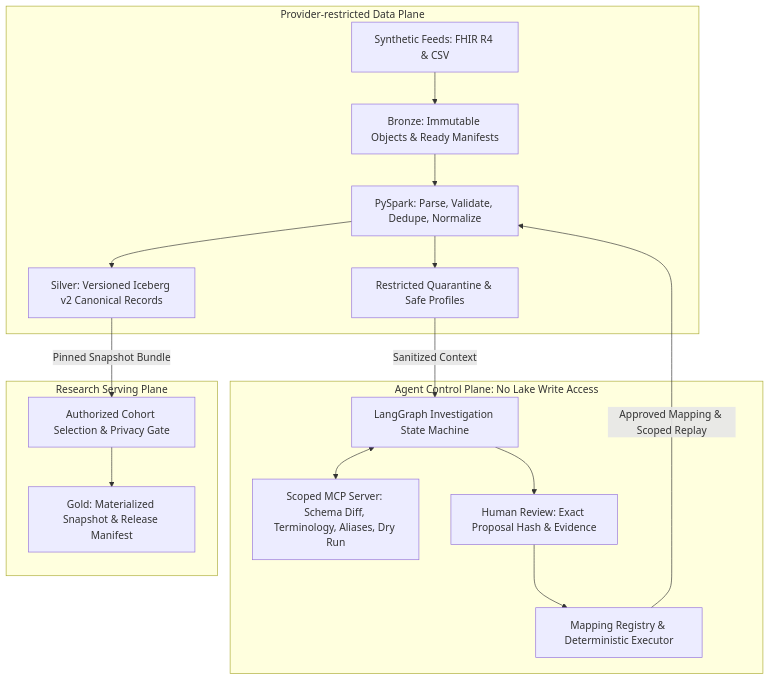
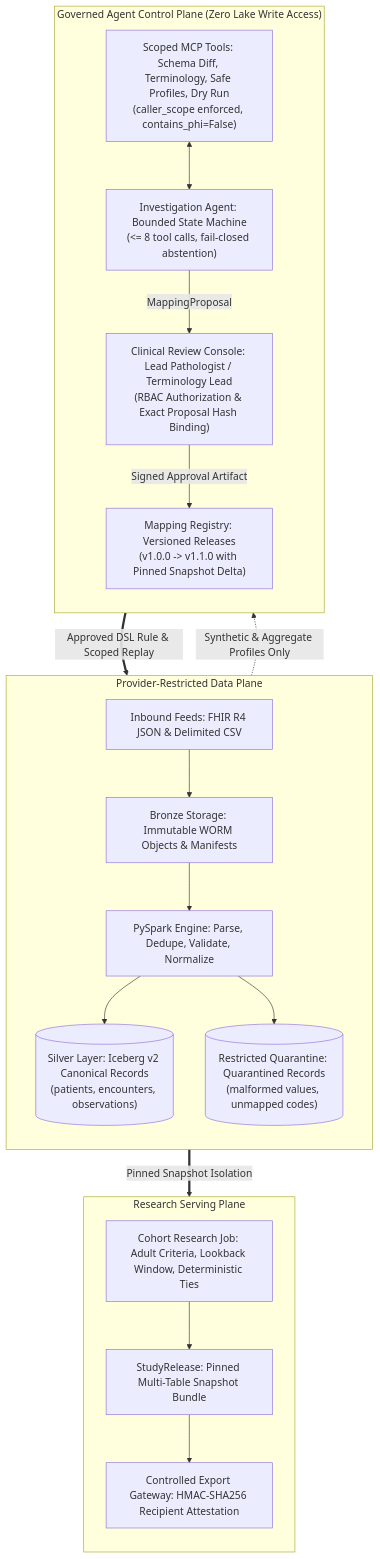
One commit to ghprud238/careflow-atlas changed the first of 2 diagrams in README.md. Above: the diagram before and after it, drawn with Mermaid. The commit also changed other lines of this file and 8 other files, not shown here.

Commit message:
docs: add GitHub setup instructions, architecture diagrams, relative links, and Apache 2.0 license

````diff
--- a/README.md
+++ b/README.md
@@ -13,28 +22,35 @@
 ```mermaid
 flowchart TB
-subgraph D[Provider-restricted Data Plane]
-  S[Synthetic Feeds: FHIR R4 & CSV] --> B[Bronze: Immutable Objects & Ready Manifests]
-  B --> E[PySpark: Parse, Validate, Dedupe, Normalize]
-  E --> V[Silver: Versioned Iceberg v2 Canonical Records]
-  E --> Q[Restricted Quarantine & Safe Profiles]
-end
+    subgraph DP["Provider-Restricted Data Plane"]
+        direction TB
+        F1["Inbound Feeds: FHIR R4 JSON & Delimited CSV"] --> BZ["Bronze Storage: Immutable WORM Objects & Manifests"]
+        BZ --> SP["PySpark Engine: Parse, Dedupe, Validate, Normalize"]
+        SP --> SV[("Silver Layer: Iceberg v2 Canonical Records\n(patients, encounters, observations)")]
+        SP --> QR[("Restricted Quarantine: Quarantined Records\n(malformed values, unmapped codes)")]
+    end
 
-subgraph A[Agent Control Plane: No Lake Write Access]
-  G[LangGraph Investigation State Machine]
-  T[Scoped MCP Server: Schema Diff, Terminology, Aliases, Dry Run]
-  H[Human Review: Exact Proposal Hash & Evidence]
-  X[Mapping Registry & Deterministic Executor]
-  G <--> T
-  G --> H --> X
-end
+    subgraph CP["Governed Agent Control Plane (Zero Lake Write Access)"]
+        direction TB
+        MCP["Scoped MCP Tools: Schema Diff, Terminology, Safe Profiles, Dry Run\n(caller_scope enforced, contains_phi=False)"]
+        AGT["Investigation Agent: Bounded State Machine\n(<= 8 tool calls, fail-closed abstention)"]
+        HIL["Clinical Review Console: Lead Pathologist / Terminology Lead\n(RBAC Authorization & Exact Proposal Hash Binding)"]
+        REG["Mapping Registry: Versioned Releases\n(v1.0.0 -> v1.1.0 with Pinned Snapshot Delta)"]
+        
+        MCP <--> AGT
+        AGT -->|MappingProposal| HIL
+        HIL -->|Signed Approval Artifact| REG
+    end
 
-subgraph R[Research Serving Plane]
-  C[Authorized Cohort Selection & Privacy Gate]
-  O[Gold: Materialized Snapshot & Release Manifest]
-  C --> O
-end
+    subgraph RS["Research Serving Plane"]
+        direction TB
+        COH["Cohort Research Job: Adult Criteria, Lookback Window, Deterministic Ties"]
+        REL["StudyRelease: Pinned Multi-Table Snapshot Bundle"]
+        EXP["Controlled Export Gateway: HMAC-SHA256 Recipient Attestation"]
+        
+        COH --> REL --> EXP
+    end
 
-Q -->|Sanitized Context| G
-X -->|Approved Mapping & Scoped Replay| E
-V -->|Pinned Snapshot Bundle| C
+    QR -.->|Synthetic & Aggregate Profiles Only| MCP
+    REG ==>|Approved DSL Rule & Scoped Replay| SP
+    SV ==>|Pinned Snapshot Isolation| COH
 ```
````
